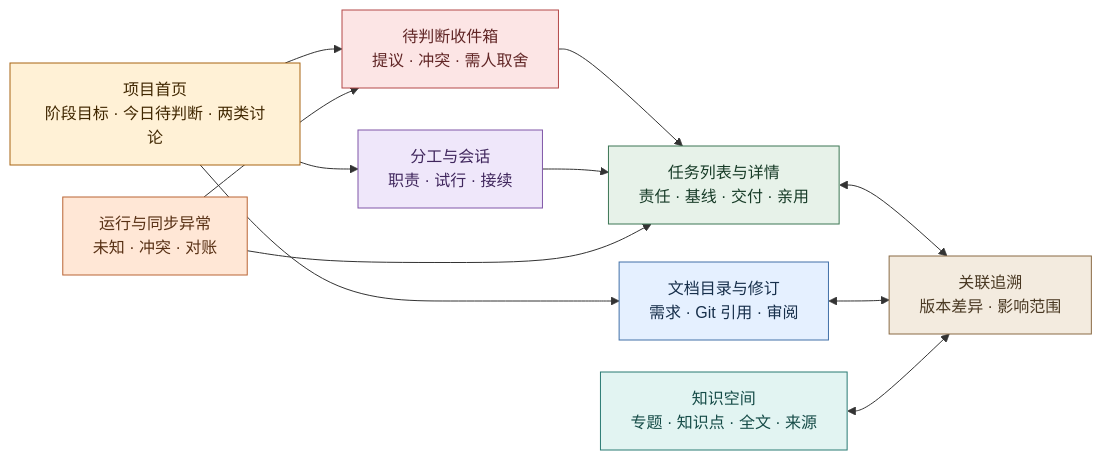
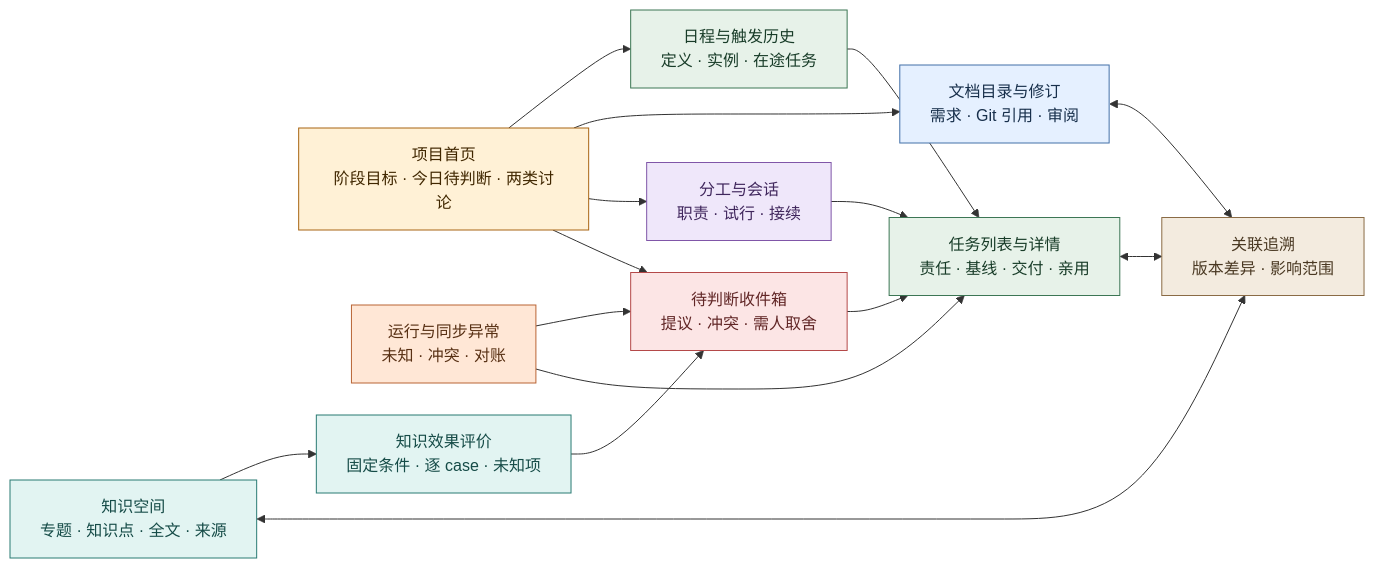
Before and after one commit to cyl19970726/evoLoop: the first of 3 diagrams in docs/product/workbench.md, drawn with Mermaid. The commit also changed other lines of this file and 21 other files, not shown here.

````diff
--- a/docs/product/workbench.md
+++ b/docs/product/workbench.md
@@ -11,29 +13,33 @@
 ```mermaid
 %%{init: {"flowchart":{"wrappingWidth":230,"nodeSpacing":32,"rankSpacing":42}}}%%
 flowchart LR
   H["项目首页<br/>阶段目标 · 今日待判断 · 两类讨论"]:::entry
   I["待判断收件箱<br/>提议 · 冲突 · 需人取舍"]:::decision
   T["任务列表与详情<br/>责任 · 基线 · 交付 · 亲用"]:::work
   D["文档目录与修订<br/>需求 · Git 引用 · 审阅"]:::document
   K["知识空间<br/>专题 · 知识点 · 全文 · 来源"]:::knowledge
   S["分工与会话<br/>职责 · 试行 · 接续"]:::people
   X["关联追溯<br/>版本差异 · 影响范围"]:::trace
   O["运行与同步异常<br/>未知 · 冲突 · 对账"]:::alert
+  U["日程与触发历史<br/>定义 · 实例 · 在途任务"]:::work
+  E["知识效果评价<br/>固定条件 · 逐 case · 未知项"]:::knowledge
   H --> I --> T
   H --> S
   H --> D
   T <--> X
   D <--> X
   K <--> X
   S --> T
   O --> T
   O --> I
+  H --> U --> T
+  K --> E --> I
   classDef entry fill:#FFF1D6,stroke:#A86412,color:#402700
   classDef decision fill:#FCE5E5,stroke:#B44949,color:#612626
   classDef work fill:#E7F2E9,stroke:#3C7654,color:#183C28
   classDef document fill:#E5F0FF,stroke:#4270A8,color:#172F4B
   classDef knowledge fill:#E2F4F2,stroke:#297A73,color:#154B47
   classDef people fill:#EFE7FA,stroke:#8056A8,color:#40275D
   classDef trace fill:#F3EBDF,stroke:#8A6B45,color:#493822
   classDef alert fill:#FFE7D6,stroke:#B96535,color:#583014
 ```
````
